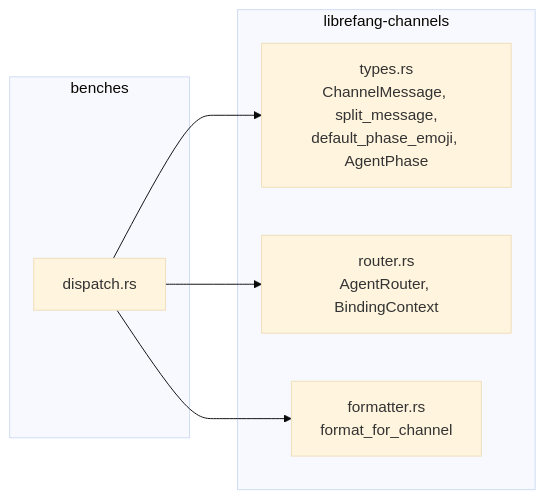
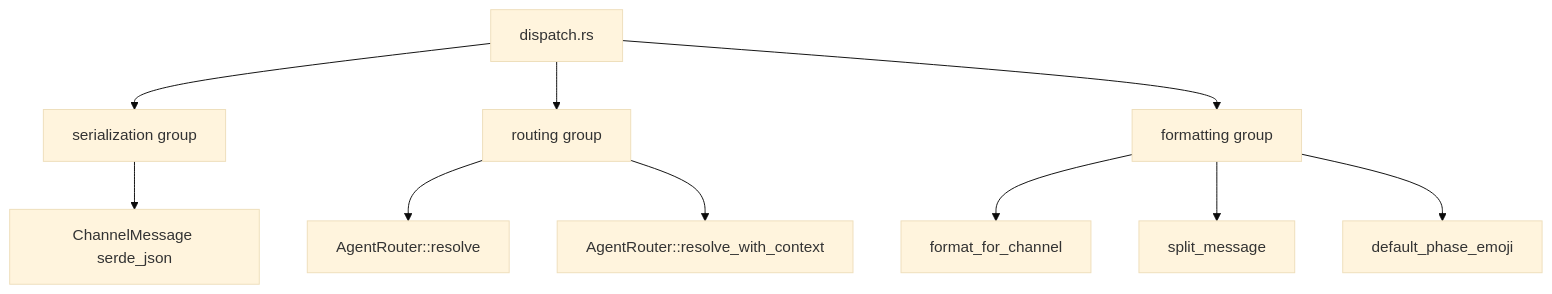
Before and after one commit to leszek3737/librefang-WIki: the diagram in other-librefang-channels-benches.md, drawn with Mermaid (base theme). The commit also changed other lines of this file and 94 other files, not shown here.

````diff
--- a/other-librefang-channels-benches.md
+++ b/other-librefang-channels-benches.md
@@ -71,14 +36,13 @@
 ```mermaid
-graph LR
-    subgraph benches
-        A[dispatch.rs]
-    end
-    subgraph librefang-channels
-        B[types.rs<br/>ChannelMessage, split_message,<br/>default_phase_emoji, AgentPhase]
-        C[router.rs<br/>AgentRouter, BindingContext]
-        D[formatter.rs<br/>format_for_channel]
-    end
-    A --> B
-    A --> C
-    A --> D
+graph TD
+    A[dispatch.rs] --> B[serialization group]
+    A --> C[routing group]
+    A --> D[formatting group]
+
+    B --> B1[ChannelMessage serde_json]
+    C --> C1[AgentRouter::resolve]
+    C --> C2[AgentRouter::resolve_with_context]
+    D --> D1[format_for_channel]
+    D --> D2[split_message]
+    D --> D3[default_phase_emoji]
 ```
````
